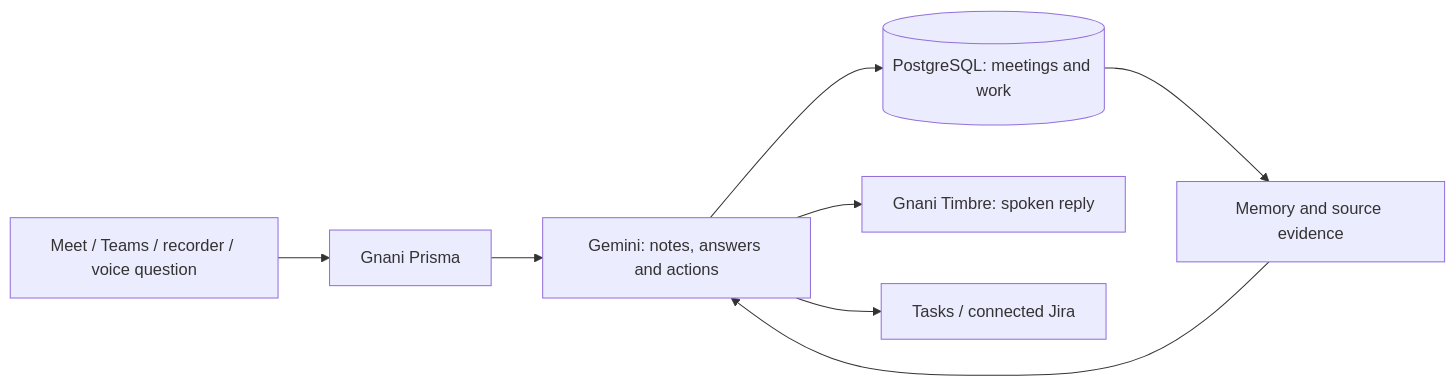
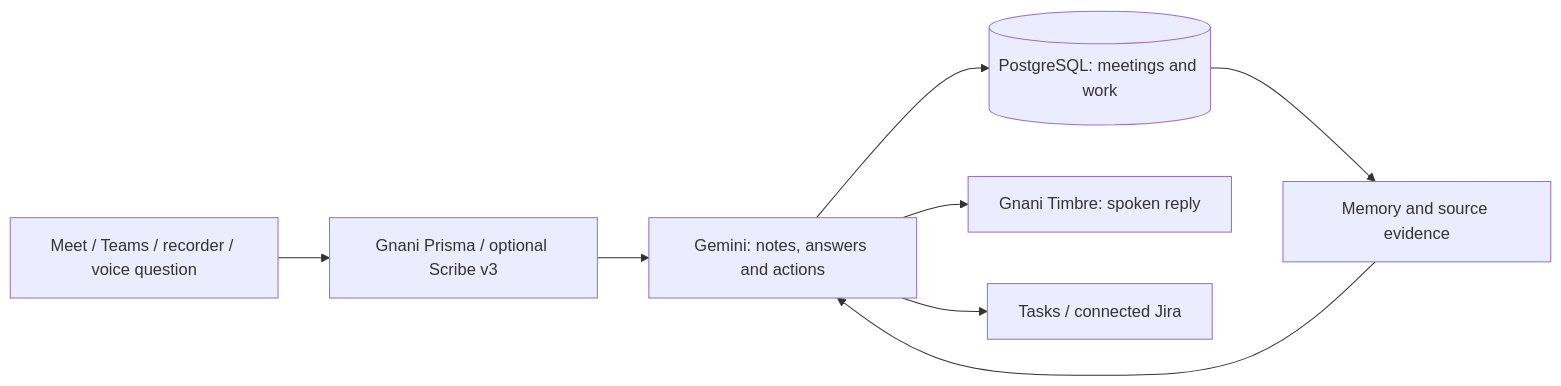
The diagram in README.md (testing-archit/bhadra), drawn with Mermaid before and after one commit. The commit also changed other lines of this file and 2 other files, not shown here.

````diff
--- a/README.md
+++ b/README.md
@@ -121,10 +140,10 @@
 ```mermaid
 flowchart LR
-    A[Meet / Teams / recorder / voice question] --> B[Gnani Prisma]
+    A[Meet / Teams / recorder / voice question] --> B[Gnani Prisma / optional Scribe v3]
     B --> C[Gemini: notes, answers and actions]
     C --> D[(PostgreSQL: meetings and work)]
     C --> E[Gnani Timbre: spoken reply]
     D --> F[Memory and source evidence]
     F --> C
     C --> G[Tasks / connected Jira]
 ```
````
